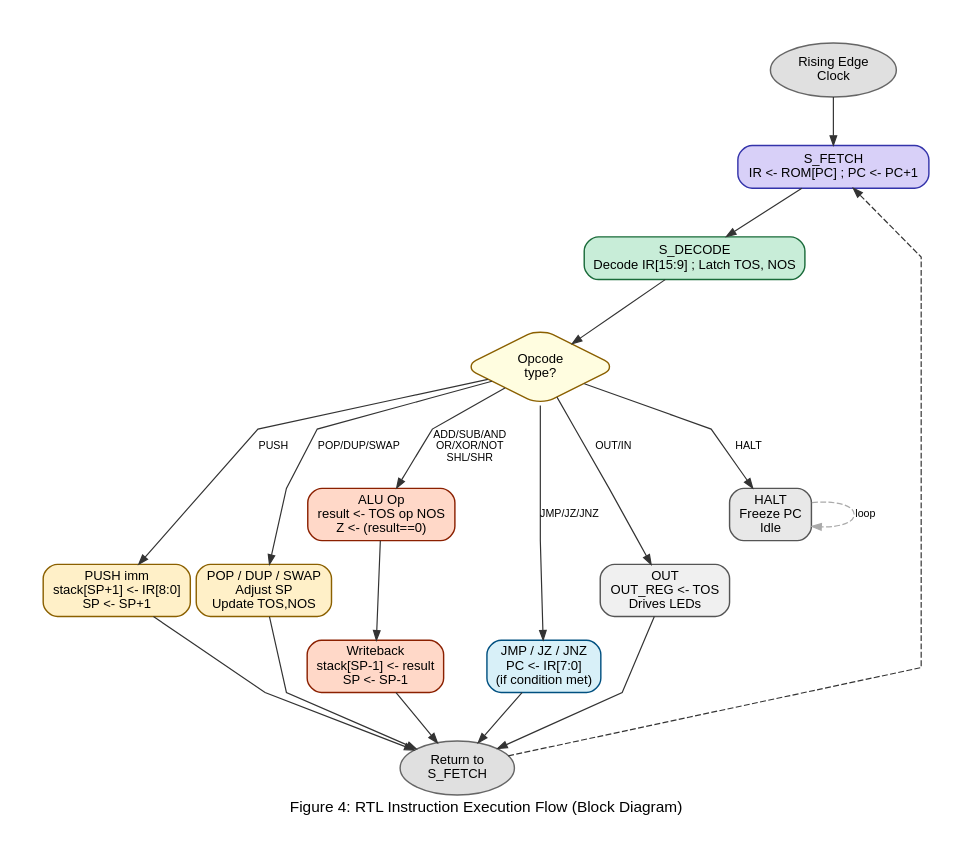
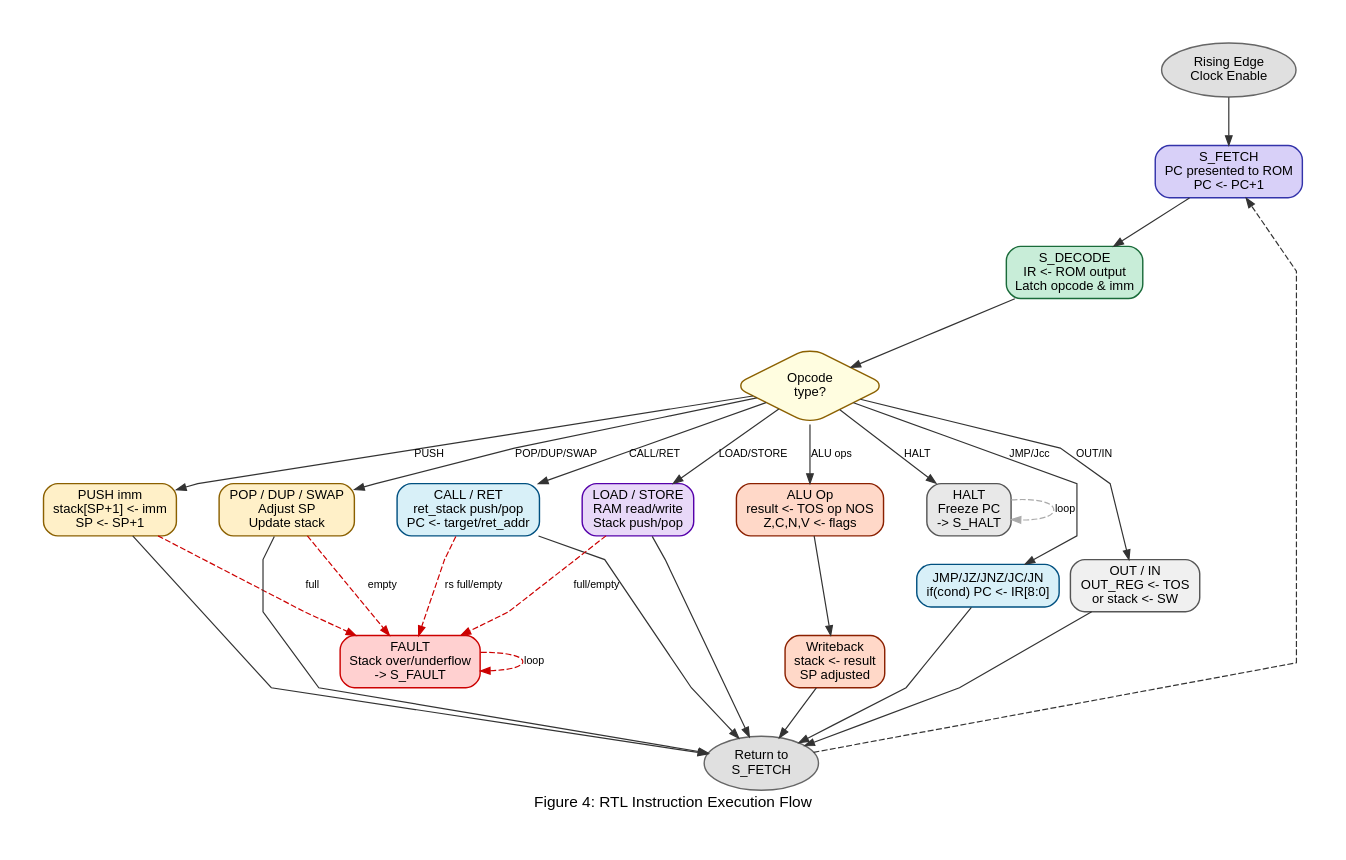
The third of 5 diagrams in report.md (Faruk982/stack_cpu), drawn with Graphviz before and after one commit. The commit also changed other lines of this file and 17 other files, not shown here.

````diff
--- a/report.md
+++ b/report.md
@@ -239,40 +284,52 @@
 ```graphviz
 digraph rtl_flow {
-    graph [rankdir=TB, label="Figure 4: RTL Instruction Execution Flow (Block Diagram)", labelloc=b,
+    graph [rankdir=TB, label="Figure 4: RTL Instruction Execution Flow", labelloc=b,
            fontname="Arial", fontsize=13, splines=polyline, nodesep=0.5, ranksep=0.55,
            bgcolor=white, pad=0.4]
     node  [fontname="Arial", fontsize=11, style="filled,rounded", penwidth=1.2, height=0.5]
     edge  [fontname="Arial", fontsize=9, color="#333333", arrowsize=0.8]
 
-    START [label="Rising Edge\nClock", shape=ellipse, fillcolor="#E0E0E0", color="#666666"]
-    FETCH [label="S_FETCH\nIR <- ROM[PC] ; PC <- PC+1", fillcolor="#D8D0F8", color="#3333AA", shape=box]
-    DECODE[label="S_DECODE\nDecode IR[15:9] ; Latch TOS, NOS", fillcolor="#C8EDD8", color="#1a6b3a", shape=box]
+    START [label="Rising Edge\nClock Enable", shape=ellipse, fillcolor="#E0E0E0", color="#666666"]
+    FETCH [label="S_FETCH\nPC presented to ROM\nPC <- PC+1", fillcolor="#D8D0F8", color="#3333AA", shape=box]
+    DECODE[label="S_DECODE\nIR <- ROM output\nLatch opcode & imm", fillcolor="#C8EDD8", color="#1a6b3a", shape=box]
     DECS  [label="Opcode\ntype?", shape=diamond, fillcolor="#FFFDE0", color="#8B6000", width=1.8, height=0.9]
-    PUSH  [label="PUSH imm\nstack[SP+1] <- IR[8:0]\nSP <- SP+1", fillcolor="#FFF0C8", color="#8B6000", shape=box]
-    POP   [label="POP / DUP / SWAP\nAdjust SP\nUpdate TOS,NOS", fillcolor="#FFF0C8", color="#8B6000", shape=box]
-    ALU   [label="ALU Op\nresult <- TOS op NOS\nZ <- (result==0)", fillcolor="#FFD8C8", color="#8B2000", shape=box]
-    WB    [label="Writeback\nstack[SP-1] <- result\nSP <- SP-1", fillcolor="#FFD8C8", color="#8B2000", shape=box]
-    JMP   [label="JMP / JZ / JNZ\nPC <- IR[7:0]\n(if condition met)", fillcolor="#D8F0F8", color="#005080", shape=box]
-    OUT   [label="OUT\nOUT_REG <- TOS\nDrives LEDs", fillcolor="#F0F0F0", color="#555555", shape=box]
-    HALT  [label="HALT\nFreeze PC\nIdle", fillcolor="#E8E8E8", color="#555555", shape=box]
+    PUSH  [label="PUSH imm\nstack[SP+1] <- imm\nSP <- SP+1", fillcolor="#FFF0C8", color="#8B6000", shape=box]
+    POP   [label="POP / DUP / SWAP\nAdjust SP\nUpdate stack", fillcolor="#FFF0C8", color="#8B6000", shape=box]
+    ALU   [label="ALU Op\nresult <- TOS op NOS\nZ,C,N,V <- flags", fillcolor="#FFD8C8", color="#8B2000", shape=box]
+    WB    [label="Writeback\nstack <- result\nSP adjusted", fillcolor="#FFD8C8", color="#8B2000", shape=box]
+    JMP   [label="JMP/JZ/JNZ/JC/JN\nif(cond) PC <- IR[8:0]", fillcolor="#D8F0F8", color="#005080", shape=box]
+    CALL  [label="CALL / RET\nret_stack push/pop\nPC <- target/ret_addr", fillcolor="#D8F0F8", color="#005080", shape=box]
+    MEM   [label="LOAD / STORE\nRAM read/write\nStack push/pop", fillcolor="#E8D8F8", color="#5500AA", shape=box]
+    IO    [label="OUT / IN\nOUT_REG <- TOS\nor stack <- SW", fillcolor="#F0F0F0", color="#555555", shape=box]
+    HALT  [label="HALT\nFreeze PC\n-> S_HALT", fillcolor="#E8E8E8", color="#555555", shape=box]
+    FAULT [label="FAULT\nStack over/underflow\n-> S_FAULT", fillcolor="#FFD0D0", color="#CC0000", shape=box]
     DONE  [label="Return to\nS_FETCH", shape=ellipse, fillcolor="#E0E0E0", color="#666666"]
 
     START -> FETCH
     FETCH -> DECODE
     DECODE -> DECS
     DECS  -> PUSH  [label="PUSH"]
     DECS  -> POP   [label="POP/DUP/SWAP"]
-    DECS  -> ALU   [label="ADD/SUB/AND\nOR/XOR/NOT\nSHL/SHR"]
-    DECS  -> JMP   [label="JMP/JZ/JNZ"]
-    DECS  -> OUT   [label="OUT/IN"]
+    DECS  -> ALU   [label="ALU ops"]
+    DECS  -> JMP   [label="JMP/Jcc"]
+    DECS  -> CALL  [label="CALL/RET"]
+    DECS  -> MEM   [label="LOAD/STORE"]
+    DECS  -> IO    [label="OUT/IN"]
     DECS  -> HALT  [label="HALT"]
     ALU   -> WB
     PUSH  -> DONE
+    PUSH  -> FAULT [label="full", style=dashed, color="#CC0000"]
     POP   -> DONE
+    POP   -> FAULT [label="empty", style=dashed, color="#CC0000"]
+    CALL  -> DONE
+    CALL  -> FAULT [label="rs full/empty", style=dashed, color="#CC0000"]
+    MEM   -> DONE
+    MEM   -> FAULT [label="full/empty", style=dashed, color="#CC0000"]
     WB    -> DONE
     JMP   -> DONE
-    OUT   -> DONE
+    IO    -> DONE
     HALT  -> HALT  [label="loop", style=dashed, color="#aaaaaa"]
+    FAULT -> FAULT [label="loop", style=dashed, color="#CC0000"]
     DONE  -> FETCH [style=dashed]
 }
 ```
````
